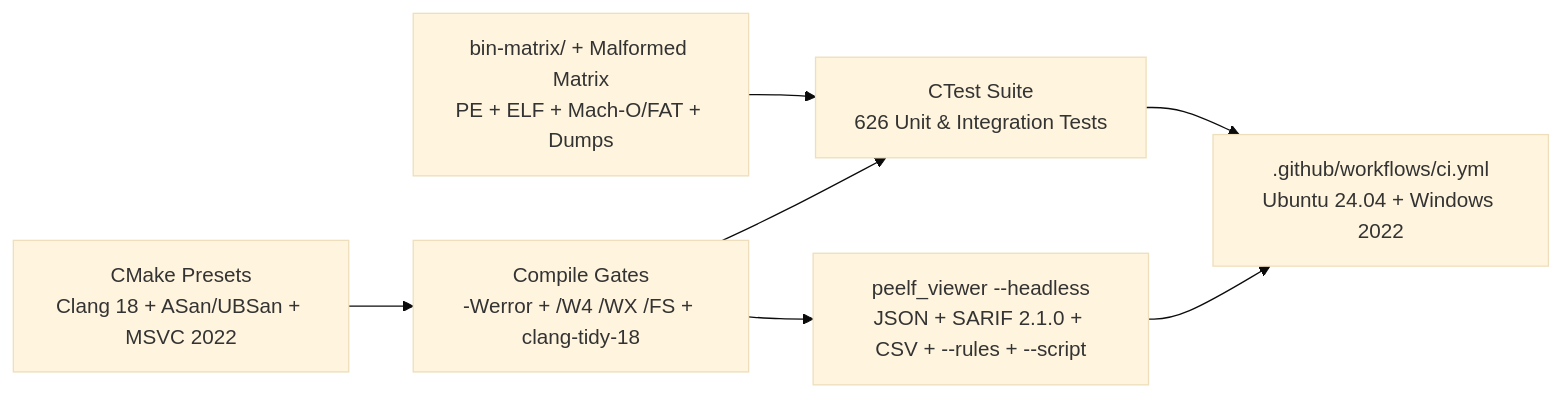
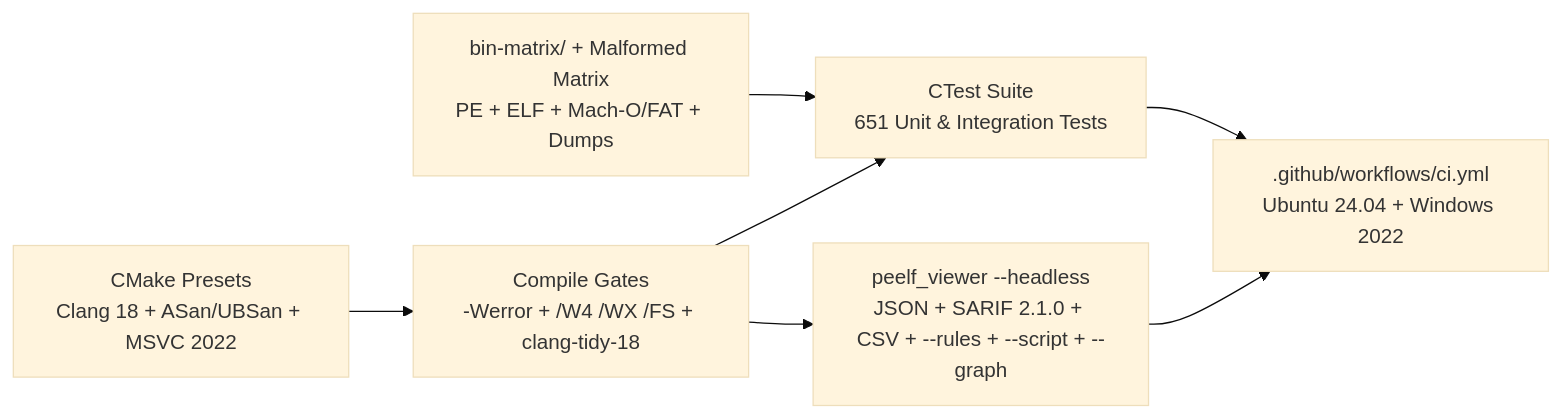
Before and after one commit to wsollers/exe_viewer: the seventh of 7 diagrams in docs/ARCHITECTURE.md, drawn with Mermaid (base theme). The commit also changed other lines of this file and 1 other file, not shown here.

First line of the commit message:
docs(cli): document headless --graph call-graph and CFG export

````diff
--- a/docs/ARCHITECTURE.md
+++ b/docs/ARCHITECTURE.md
@@ -242,16 +248,16 @@
 ```mermaid
 flowchart LR
     matrix["bin-matrix/ + Malformed Matrix<br/>PE + ELF + Mach-O/FAT + Dumps"]
     presets["CMake Presets<br/>Clang 18 + ASan/UBSan + MSVC 2022"]
     gates["Compile Gates<br/>-Werror + /W4 /WX /FS + clang-tidy-18"]
-    ctest["CTest Suite<br/>626 Unit & Integration Tests"]
-    headless["peelf_viewer --headless<br/>JSON + SARIF 2.1.0 + CSV + --rules + --script"]
+    ctest["CTest Suite<br/>651 Unit & Integration Tests"]
+    headless["peelf_viewer --headless<br/>JSON + SARIF 2.1.0 + CSV + --rules + --script + --graph"]
     gha[".github/workflows/ci.yml<br/>Ubuntu 24.04 + Windows 2022"]
 
     matrix --> ctest
     presets --> gates
     gates --> ctest
     gates --> headless
     ctest --> gha
     headless --> gha
 ```
````
